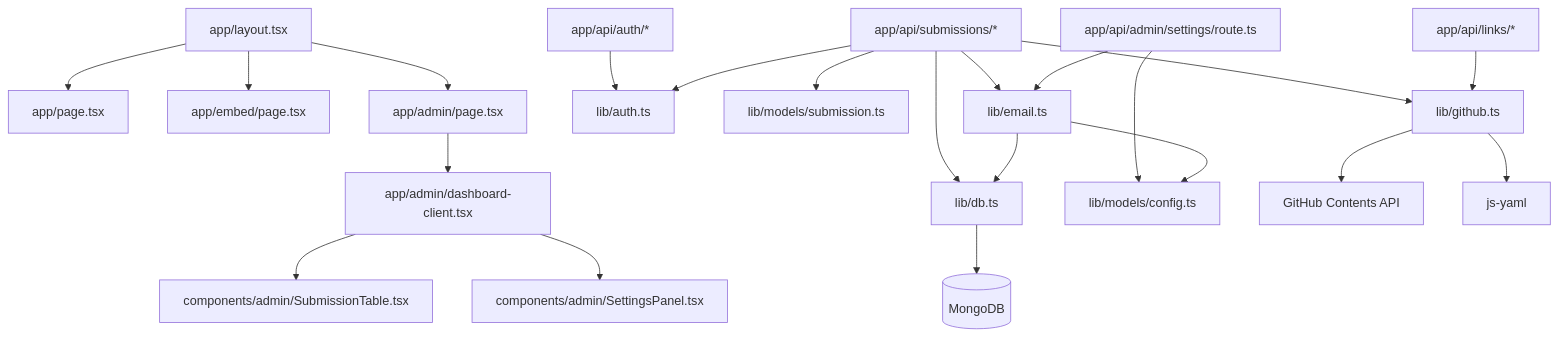
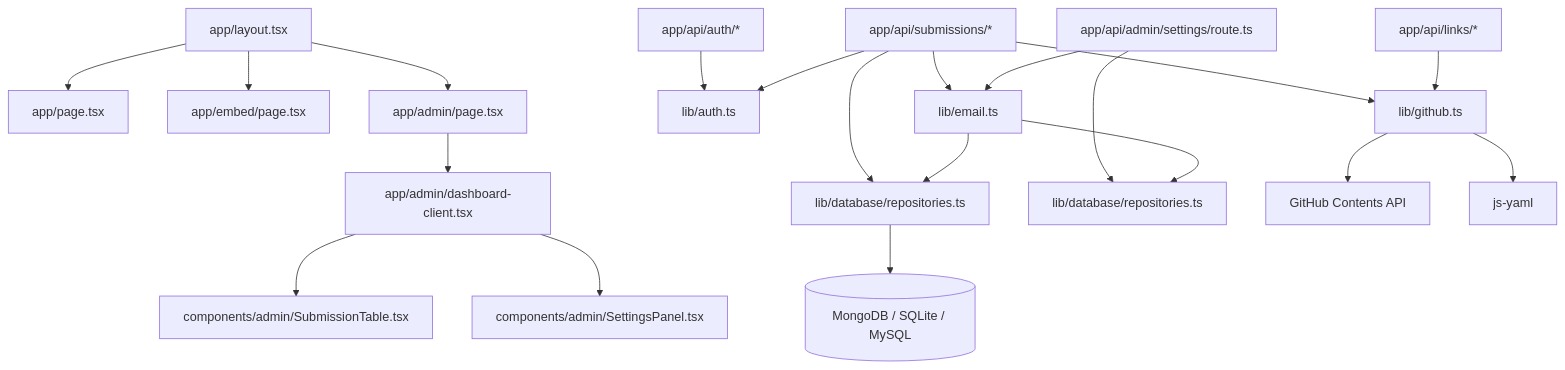
Before and after one commit to kmoretti/friendlink-verify: the second of 5 diagrams in docs/code-wiki/architecture.md, drawn with Mermaid. The commit also changed other lines of this file and 52 other files, not shown here.

````diff
--- a/docs/code-wiki/architecture.md
+++ b/docs/code-wiki/architecture.md
@@ -52,23 +54,22 @@
 ```mermaid
 graph TD
   Root[app/layout.tsx] --> Home[app/page.tsx]
   Root --> Embed[app/embed/page.tsx]
   Root --> Admin[app/admin/page.tsx]
   Admin --> Dashboard[app/admin/dashboard-client.tsx]
   Dashboard --> Table[components/admin/SubmissionTable.tsx]
   Dashboard --> Settings[components/admin/SettingsPanel.tsx]
   AuthAPI[app/api/auth/*] --> Auth[lib/auth.ts]
   SubmissionAPI[app/api/submissions/*] --> Auth
-  SubmissionAPI --> DB[lib/db.ts]
-  SubmissionAPI --> SubmissionModel[lib/models/submission.ts]
+  SubmissionAPI --> DB[lib/database/repositories.ts]
   SubmissionAPI --> GitHub[lib/github.ts]
   SubmissionAPI --> Email[lib/email.ts]
-  SettingsAPI[app/api/admin/settings/route.ts] --> ConfigModel[lib/models/config.ts]
+  SettingsAPI[app/api/admin/settings/route.ts] --> ConfigRepo[lib/database/repositories.ts]
   LinksAPI[app/api/links/*] --> GitHub
   SettingsAPI --> Email
   Email --> DB
-  Email --> ConfigModel
+  Email --> ConfigRepo
   GitHub --> Octokit[GitHub Contents API]
   GitHub --> YAML[js-yaml]
-  DB --> Mongo[(MongoDB)]
+  DB --> Database[(MongoDB / SQLite / MySQL)]
 ```
````
